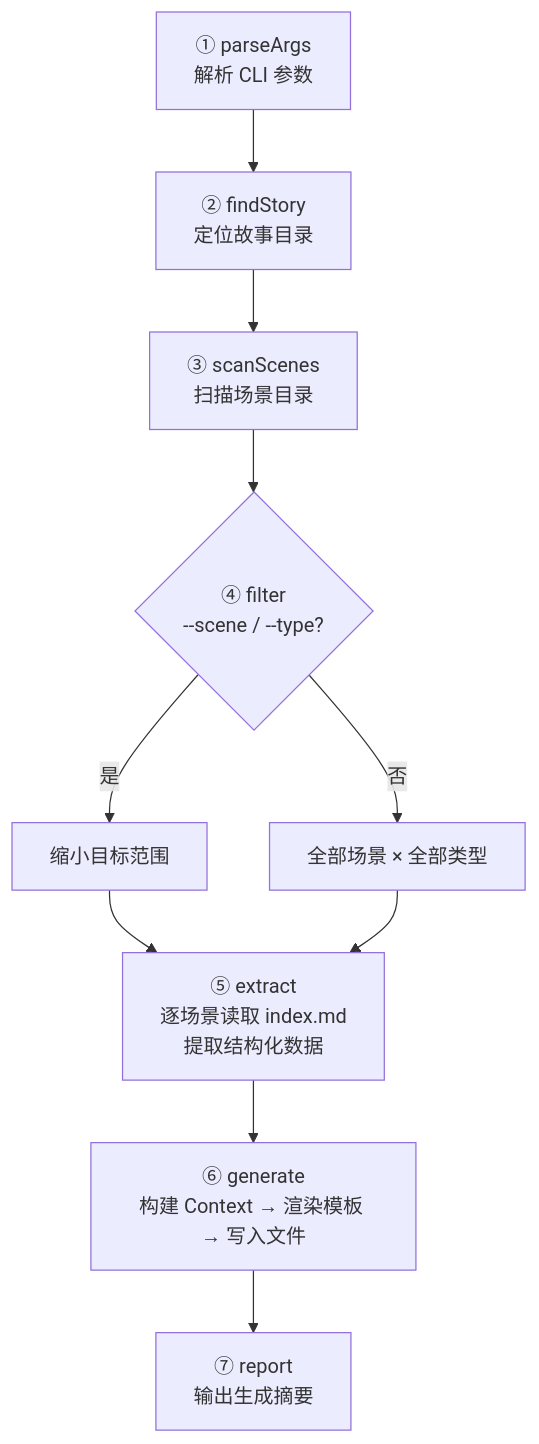
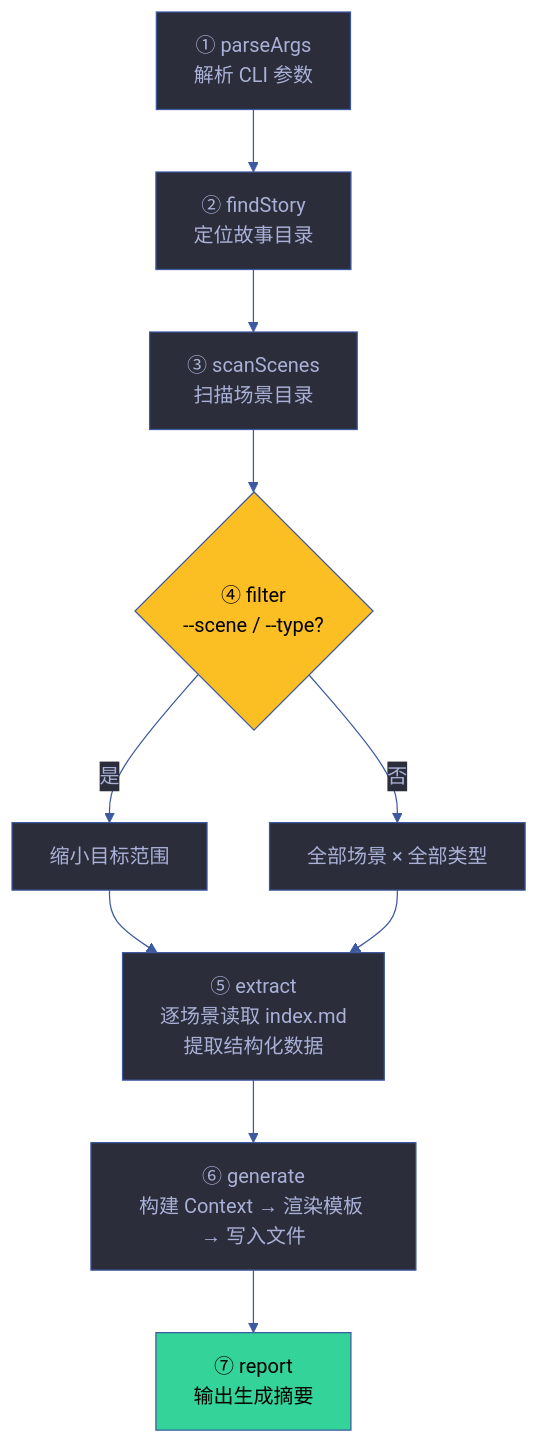
The fifth of 7 diagrams in skills/rui-html/SKILL.md (effiy/YrY), drawn with Mermaid before and after one commit. The commit also changed other lines of this file and 1028 other files, not shown here.

````diff
--- a/skills/rui-html/SKILL.md
+++ b/skills/rui-html/SKILL.md
@@ -154,12 +187,24 @@
 ```mermaid
+%%{init: {'theme': 'base', 'themeVariables': {
+  'primaryColor': '#1e1f2b',
+  'primaryTextColor': '#a9b1d6',
+  'primaryBorderColor': '#3d59a1',
+  'lineColor': '#3d59a1',
+  'secondaryColor': '#2b2d3b',
+  'tertiaryColor': '#21232f'
+}}}%%
 flowchart TD
     PARSE["① parseArgs<br/>解析 CLI 参数"]:::s --> FIND["② findStory<br/>定位故事目录"]:::s
     FIND --> SCAN["③ scanScenes<br/>扫描场景目录"]:::s
     SCAN --> FILTER{"④ filter<br/>--scene / --type?"}:::gate
     FILTER -->|"是"| NARROW["缩小目标范围"]:::s
     FILTER -->|"否"| ALL["全部场景 × 全部类型"]:::s
     NARROW --> EXTRACT["⑤ extract<br/>逐场景读取 index.md<br/>提取结构化数据"]:::s
     ALL --> EXTRACT
     EXTRACT --> GEN["⑥ generate<br/>构建 Context → 渲染模板 → 写入文件"]:::s
     GEN --> REPORT["⑦ report<br/>输出生成摘要"]:::out
+
+    classDef s fill:#2b2d3b,stroke:#3d59a1,color:#a9b1d6
+    classDef gate fill:#fbbf24,color:#000
+    classDef out fill:#34d399,color:#000
 ```
````
